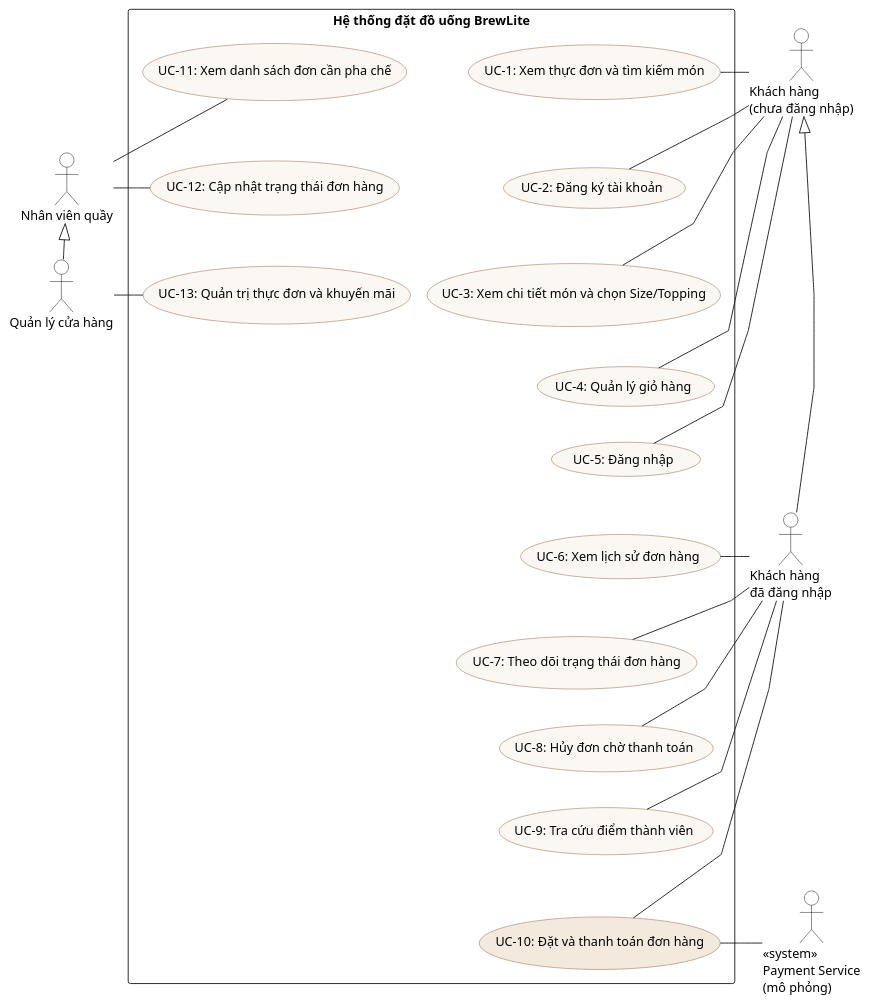
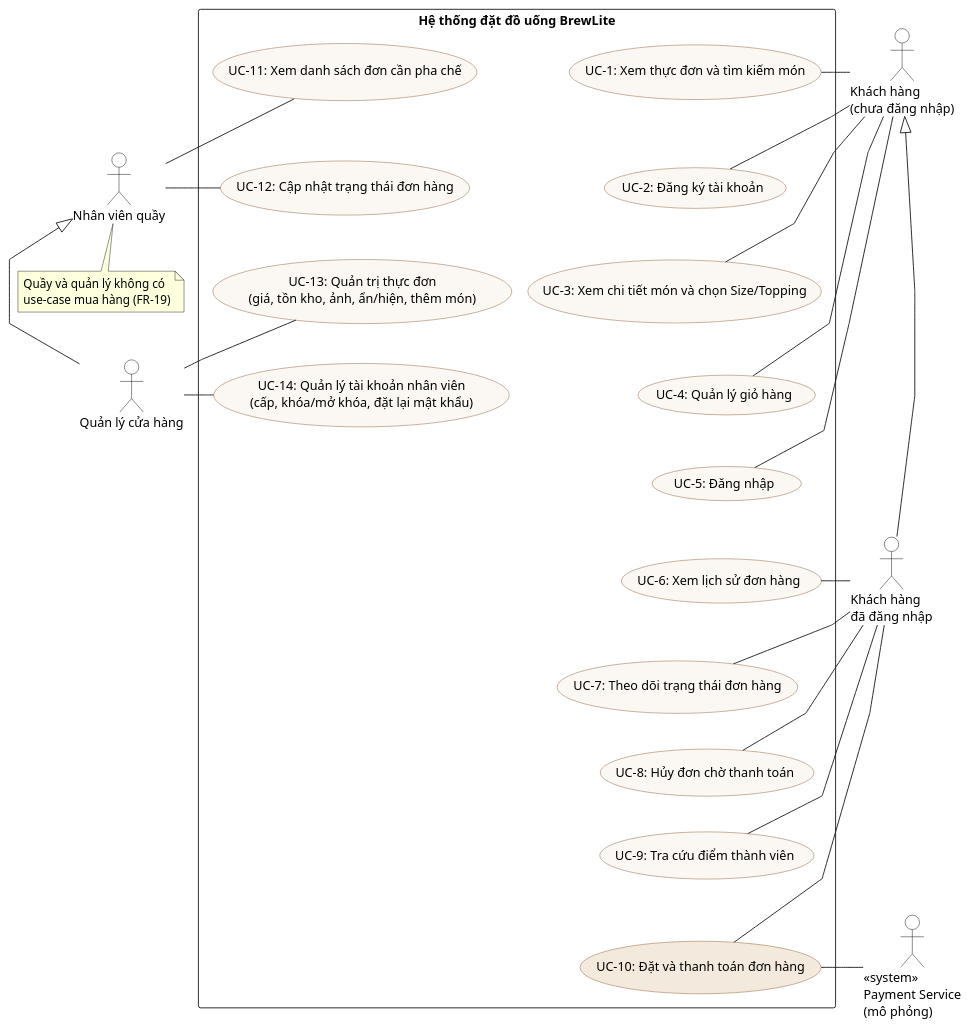
One commit to LHTCoder/brewlite changed the diagram in docs/diagrams/use-case-overview.puml. Above: the diagram before and after it, drawn with PlantUML. The commit also changed 66 other files, not shown here.

First line of the commit message:
feat: mã QR thanh toán, phân quyền 3 vai trò, trang Quản lý menu và nhân viên, ảnh menu thật

```diff
--- a/docs/diagrams/use-case-overview.puml
+++ b/docs/diagrams/use-case-overview.puml
@@ -1,72 +1,80 @@
 @startuml use-case-overview
 ' Sơ đồ use-case tổng quát hệ thống BrewLite (SRS §2)
 ' Mã UC đánh theo thứ tự đọc trên sơ đồ; liên kết actor – use-case là đường thẳng (association)
 ' Quan hệ include/extend của UC-10 thể hiện ở sơ đồ use-case "Đặt và thanh toán đơn hàng"
 skinparam packageStyle rectangle
 skinparam linetype polyline
 skinparam nodesep 18
 skinparam ranksep 40
 skinparam actor {
   BackgroundColor #FFFFFF
   BorderColor #000000
 }
 skinparam usecase {
   BackgroundColor #FBF7F2
   BorderColor #8A5733
 }
 
 actor "Khách hàng\n(chưa đăng nhập)" as Guest
 actor "Khách hàng\nđã đăng nhập" as Customer
 actor "<<system>>\nPayment Service\n(mô phỏng)" as Pay
 actor "Nhân viên quầy" as Staff
 actor "Quản lý cửa hàng" as Manager
 
 rectangle "Hệ thống đặt đồ uống BrewLite" {
   usecase "UC-1: Xem thực đơn và tìm kiếm món" as UC1
   usecase "UC-2: Đăng ký tài khoản" as UC2
   usecase "UC-3: Xem chi tiết món và chọn Size/Topping" as UC3
   usecase "UC-4: Quản lý giỏ hàng" as UC4
   usecase "UC-5: Đăng nhập" as UC5
   usecase "UC-6: Xem lịch sử đơn hàng" as UC6
   usecase "UC-7: Theo dõi trạng thái đơn hàng" as UC7
   usecase "UC-8: Hủy đơn chờ thanh toán" as UC8
   usecase "UC-9: Tra cứu điểm thành viên" as UC9
   usecase "UC-10: Đặt và thanh toán đơn hàng" as UC10 #F3E9DC
   usecase "UC-11: Xem danh sách đơn cần pha chế" as UC11
   usecase "UC-12: Cập nhật trạng thái đơn hàng" as UC12
-  usecase "UC-13: Quản trị thực đơn và khuyến mãi" as UC13
+  usecase "UC-13: Quản trị thực đơn\n(giá, tồn kho, ảnh, ẩn/hiện, thêm món)" as UC13
+  usecase "UC-14: Quản lý tài khoản nhân viên\n(cấp, khóa/mở khóa, đặt lại mật khẩu)" as UC14
 }
+
+note bottom of Staff
+  Quầy và quản lý không có
+  use-case mua hàng (FR-19)
+end note
 
 UC1 -[hidden]down- UC2
 UC2 -[hidden]down- UC3
 UC3 -[hidden]down- UC4
 UC4 -[hidden]down- UC5
 UC5 -[hidden]down- UC6
 UC6 -[hidden]down- UC7
 UC7 -[hidden]down- UC8
 UC8 -[hidden]down- UC9
 UC9 -[hidden]down- UC10
 UC11 -[hidden]down- UC12
 UC12 -[hidden]down- UC13
+UC13 -[hidden]down- UC14
 
 Guest -right- UC1
 Guest -right- UC2
 Guest -right- UC3
 Guest -right- UC4
 Guest -right- UC5
 
 Customer -right- UC6
 Customer -right- UC7
 Customer -right- UC8
 Customer -right- UC9
 Customer -right- UC10
 UC10 -right- Pay
 Customer -[hidden]down- Pay
 
 UC11 -right- Staff
 UC12 -right- Staff
 UC13 -right- Manager
+UC14 -right- Manager
 
 Guest <|-down- Customer
 Staff <|-down- Manager
 @enduml
```
